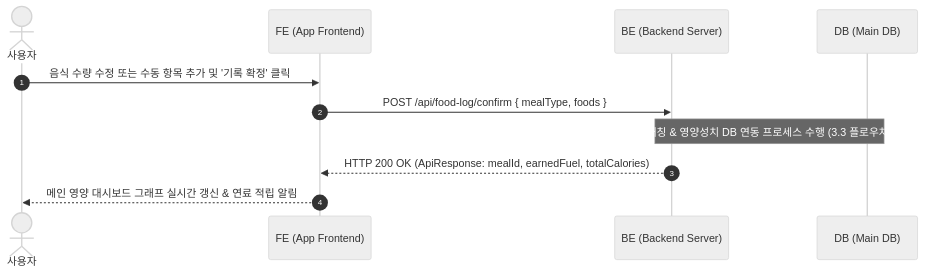
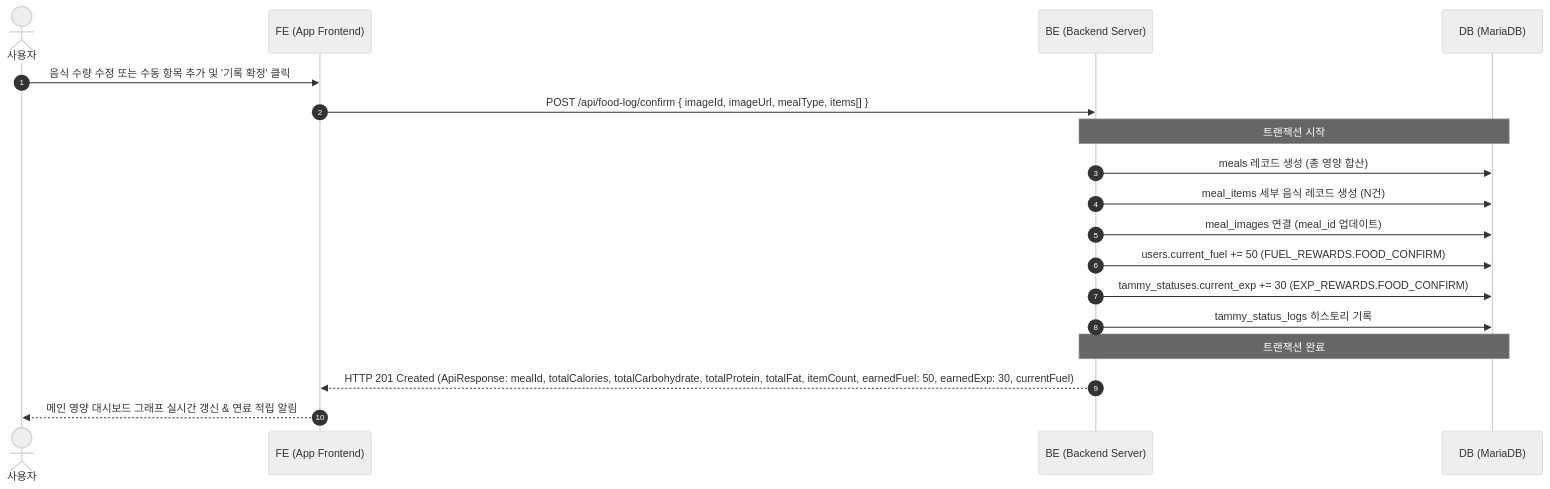
The fourth of 13 diagrams in docs/2. v3/4. Sequence Diagram.md (wooddang-gachon/NASA_backEnd), drawn with Mermaid (neutral theme) before and after one commit. The commit also changed other lines of this file and 67 other files, not shown here.

````diff
--- a/docs/2. v3/4. Sequence Diagram.md
+++ b/docs/2. v3/4. Sequence Diagram.md
@@ -105,14 +124,23 @@
 ```mermaid
 sequenceDiagram
     autonumber
     actor User as 사용자
     participant FE as FE (App Frontend)
     participant BE as BE (Backend Server)
-    participant DB as DB (Main DB)
+    participant DB as DB (MariaDB)
 
     User->>FE: 음식 수량 수정 또는 수동 항목 추가 및 '기록 확정' 클릭
-    FE->>BE: POST /api/food-log/confirm { mealType, foods }
-    Note over BE, DB: 음식명 매칭 & 영양성치 DB 연동 프로세스 수행 (3.3 플로우차트 참조)
-    BE-->>FE: HTTP 200 OK (ApiResponse: mealId, earnedFuel, totalCalories)
+    FE->>BE: POST /api/food-log/confirm { imageId, imageUrl, mealType, items[] }
+
+    Note over BE, DB: 트랜잭션 시작
+    BE->>DB: meals 레코드 생성 (총 영양 합산)
+    BE->>DB: meal_items 세부 음식 레코드 생성 (N건)
+    BE->>DB: meal_images 연결 (meal_id 업데이트)
+    BE->>DB: users.current_fuel += 50 (FUEL_REWARDS.FOOD_CONFIRM)
+    BE->>DB: tammy_statuses.current_exp += 30 (EXP_REWARDS.FOOD_CONFIRM)
+    BE->>DB: tammy_status_logs 히스토리 기록
+    Note over BE, DB: 트랜잭션 완료
+
+    BE-->>FE: HTTP 201 Created (ApiResponse: mealId, totalCalories, totalCarbohydrate, totalProtein, totalFat, itemCount, earnedFuel: 50, earnedExp: 30, currentFuel)
     FE-->>User: 메인 영양 대시보드 그래프 실시간 갱신 & 연료 적립 알림
 ```
````
